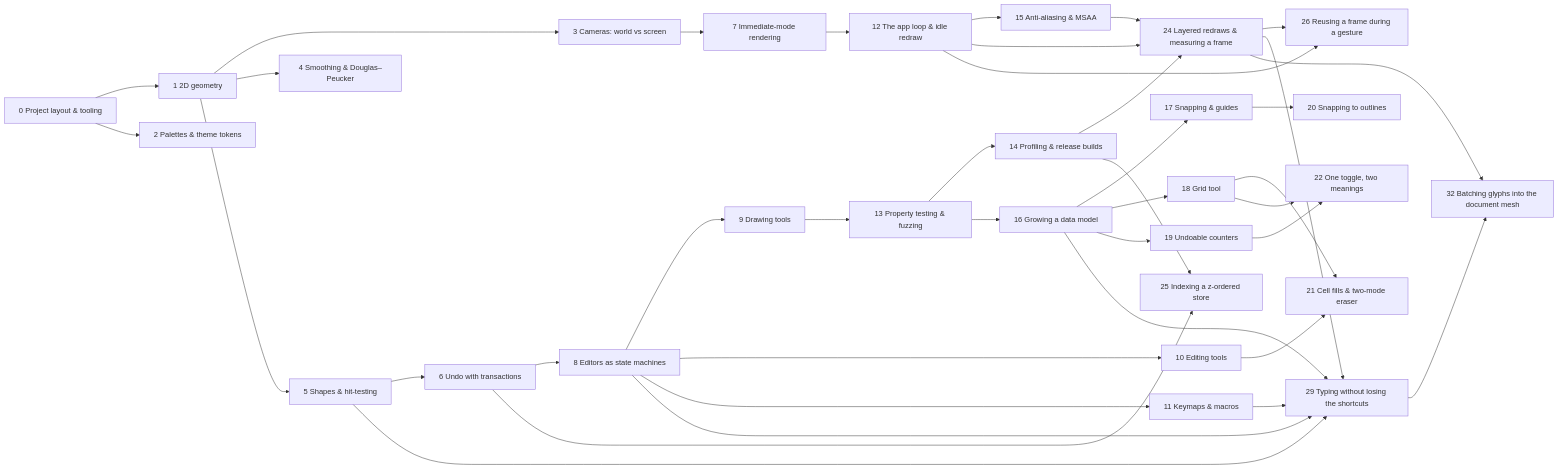
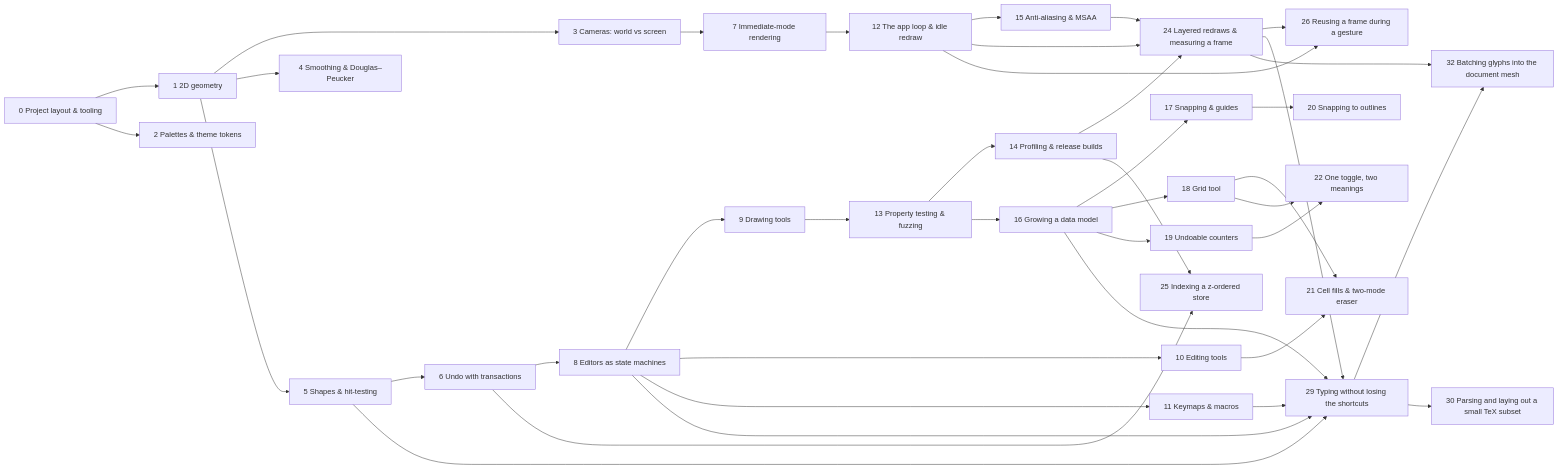
One commit to UmBender/draw changed the diagram in docs/tutorials/Learning Path.md. Above: the diagram before and after it, drawn with Mermaid. The commit also changed other lines of this file and 5 other files, not shown here.

````diff
--- a/docs/tutorials/Learning Path.md
+++ b/docs/tutorials/Learning Path.md
@@ -11,41 +11,42 @@
 ```mermaid
 flowchart LR
   s0[0 Project layout & tooling] --> s1[1 2D geometry]
   s0 --> s2[2 Palettes & theme tokens]
   s1 --> s3[3 Cameras: world vs screen]
   s1 --> s4[4 Smoothing & Douglas–Peucker]
   s1 --> s5[5 Shapes & hit-testing]
   s5 --> s6[6 Undo with transactions]
   s3 --> s7[7 Immediate-mode rendering]
   s6 --> s8[8 Editors as state machines]
   s8 --> s9[9 Drawing tools]
   s8 --> s10[10 Editing tools]
   s8 --> s11[11 Keymaps & macros]
   s7 --> s12[12 The app loop & idle redraw]
   s9 --> s13[13 Property testing & fuzzing]
   s13 --> s14[14 Profiling & release builds]
   s12 --> s15[15 Anti-aliasing & MSAA]
   s13 --> s16[16 Growing a data model]
   s16 --> s17[17 Snapping & guides]
   s16 --> s18[18 Grid tool]
   s16 --> s19[19 Undoable counters]
   s17 --> s20[20 Snapping to outlines]
   s10 --> s21[21 Cell fills & two-mode eraser]
   s18 --> s21
   s18 --> s22[22 One toggle, two meanings]
   s19 --> s22
   s12 --> s24[24 Layered redraws & measuring a frame]
   s14 --> s24
   s15 --> s24
   s6 --> s25[25 Indexing a z-ordered store]
   s14 --> s25
   s12 --> s26[26 Reusing a frame during a gesture]
   s24 --> s26
   s5 --> s29[29 Typing without losing the shortcuts]
   s16 --> s29
   s8 --> s29
   s11 --> s29
   s24 --> s29
   s24 --> s32[32 Batching glyphs into the document mesh]
   s29 --> s32
+  s29 --> s30[30 Parsing and laying out a small TeX subset]
 ```
````
